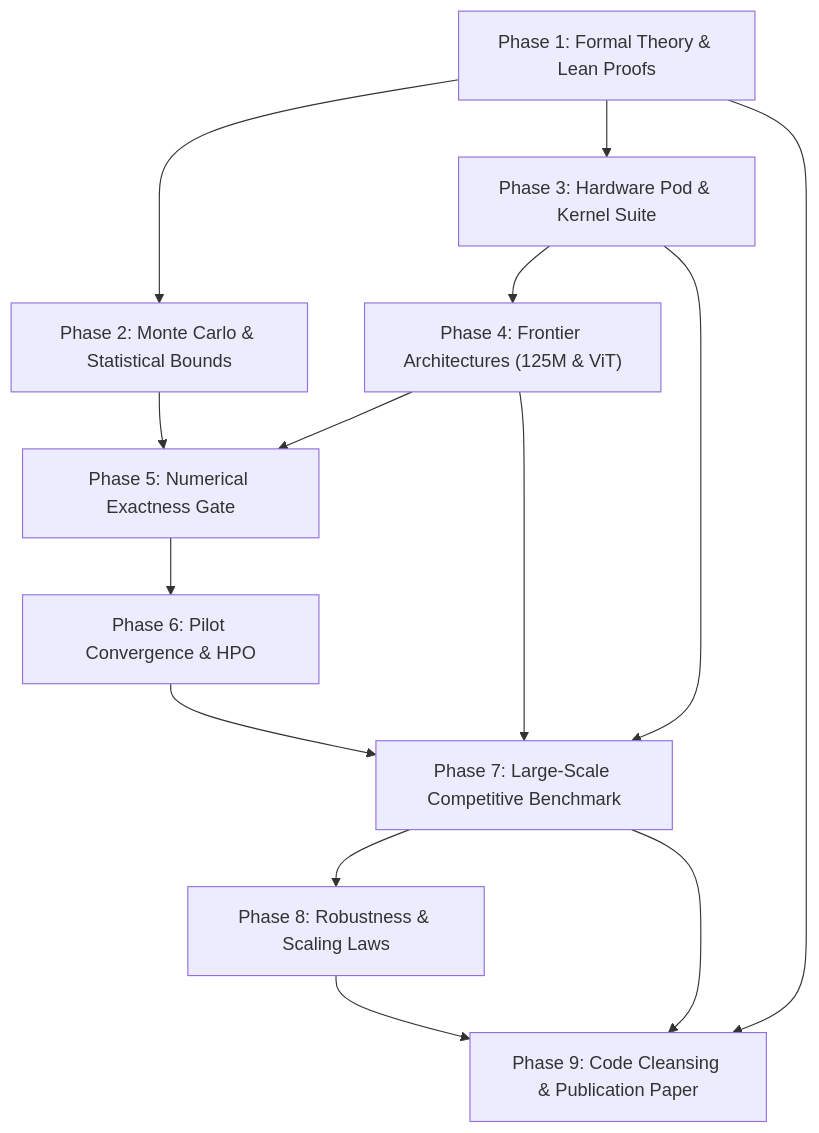
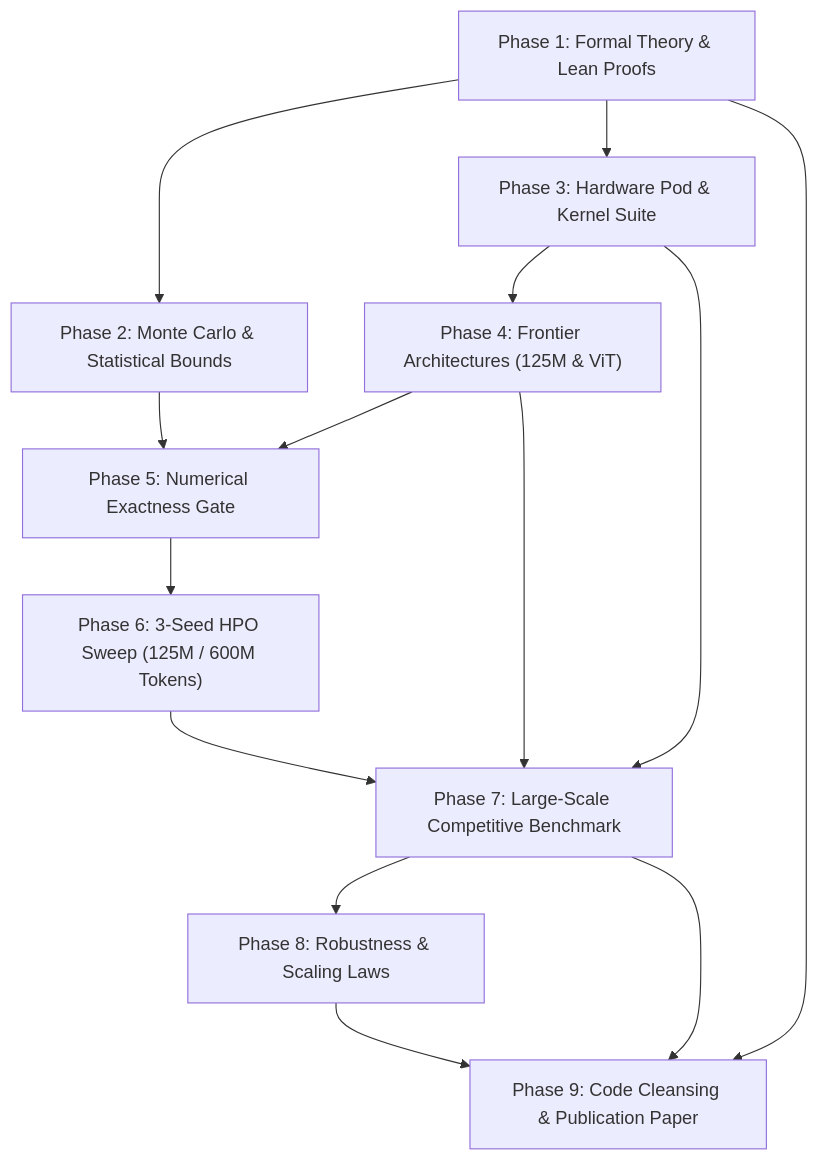
Before and after one commit to tasmaikeni13/radon: the second of 2 diagrams in phases/README.md, drawn with Mermaid. The commit also changed other lines of this file and 18 other files, not shown here.

Commit message:
feat: add TPU v4-32 Pod slice hardware co-design and Phase 6 3-seed 600M-token HPO sweep

````diff
--- a/phases/README.md
+++ b/phases/README.md
@@ -105,16 +105,16 @@
 ```mermaid
 graph TD
     P1["Phase 1: Formal Theory & Lean Proofs"] --> P2["Phase 2: Monte Carlo & Statistical Bounds"]
     P1 --> P3["Phase 3: Hardware Pod & Kernel Suite"]
     P2 --> P5["Phase 5: Numerical Exactness Gate"]
     P3 --> P4["Phase 4: Frontier Architectures (125M & ViT)"]
     P4 --> P5
-    P5 --> P6["Phase 6: Pilot Convergence & HPO"]
+    P5 --> P6["Phase 6: 3-Seed HPO Sweep (125M / 600M Tokens)"]
     P3 --> P7["Phase 7: Large-Scale Competitive Benchmark"]
     P4 --> P7
     P6 --> P7
     P7 --> P8["Phase 8: Robustness & Scaling Laws"]
     P1 --> P9["Phase 9: Code Cleansing & Publication Paper"]
     P7 --> P9
     P8 --> P9
 ```
````
